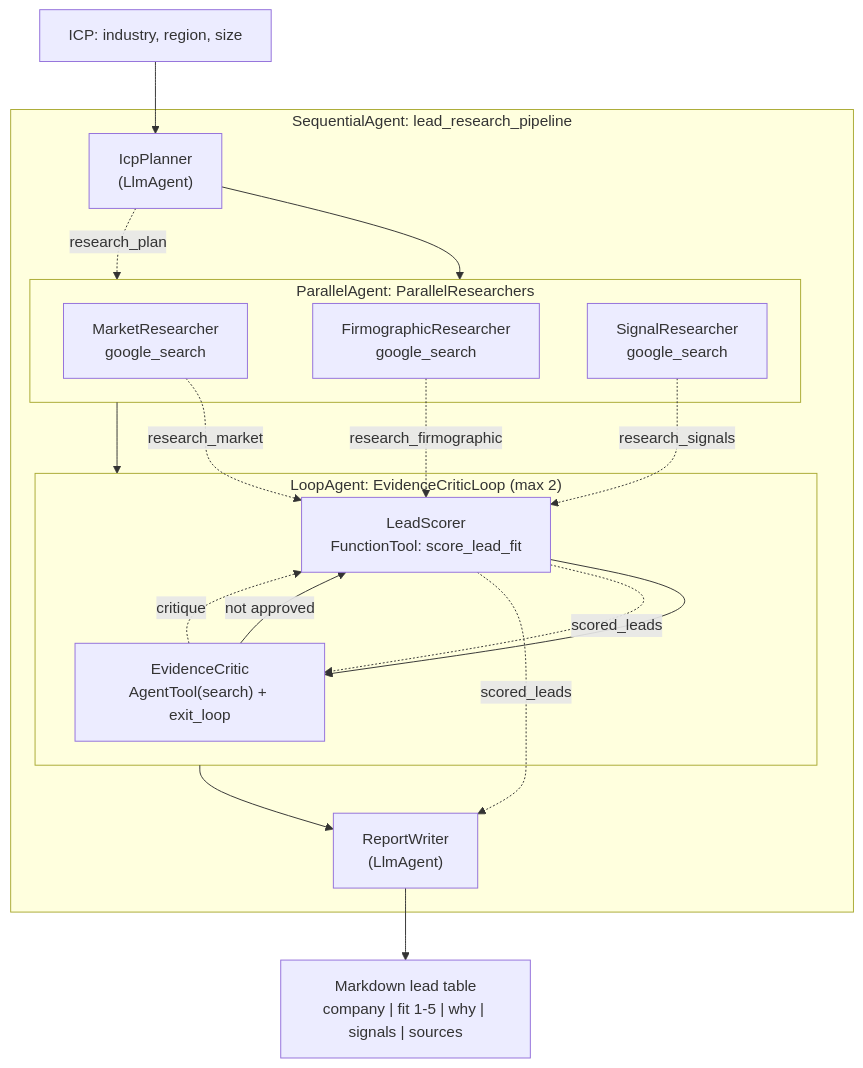
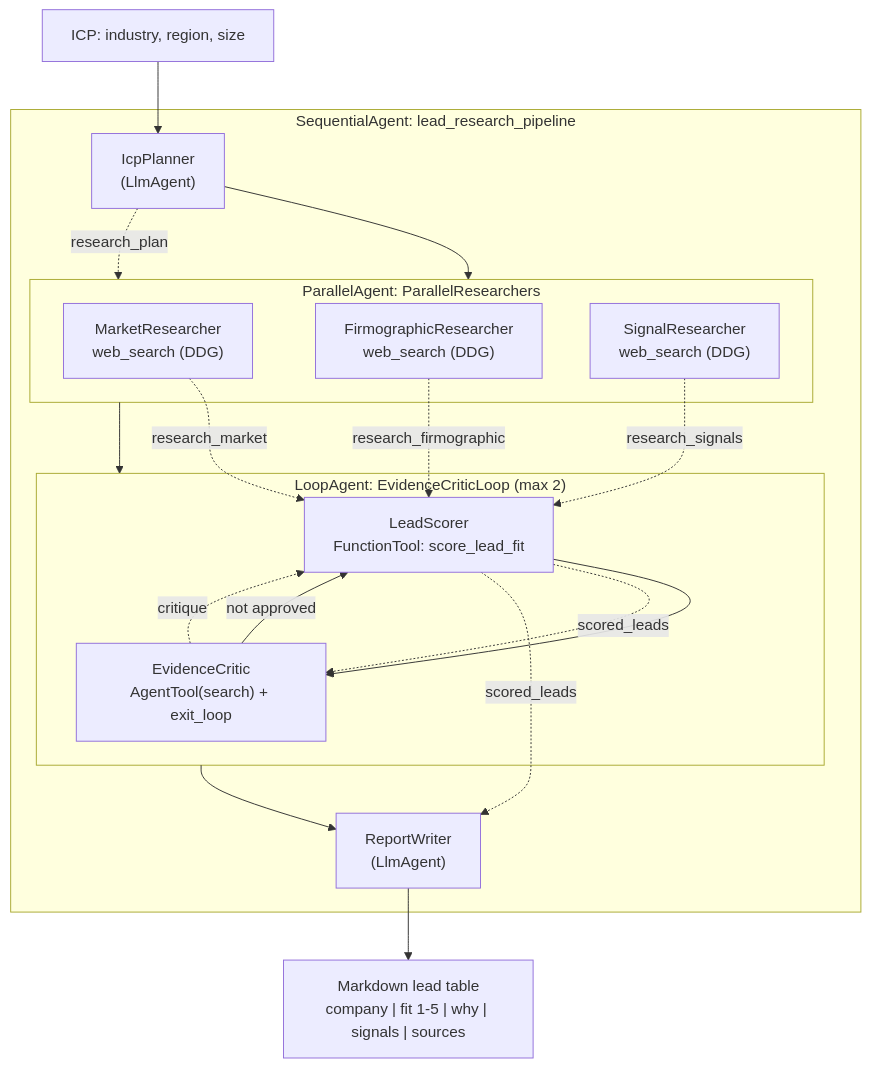
The diagram in assignment3/a_deep_research_agent/README.md (Prachii26/CMPE297), drawn with Mermaid before and after one commit. The commit also changed other lines of this file and 9 other files, not shown here.

````diff
--- a/assignment3/a_deep_research_agent/README.md
+++ b/assignment3/a_deep_research_agent/README.md
@@ -15,37 +15,37 @@
 ```mermaid
 flowchart TD
     U["ICP: industry, region, size"] --> P
 
     subgraph SEQ["SequentialAgent: lead_research_pipeline"]
         P["IcpPlanner<br/>(LlmAgent)"]
 
         subgraph PAR["ParallelAgent: ParallelResearchers"]
-            R1["MarketResearcher<br/>google_search"]
-            R2["FirmographicResearcher<br/>google_search"]
-            R3["SignalResearcher<br/>google_search"]
+            R1["MarketResearcher<br/>web_search (DDG)"]
+            R2["FirmographicResearcher<br/>web_search (DDG)"]
+            R3["SignalResearcher<br/>web_search (DDG)"]
         end
 
         subgraph LOOP["LoopAgent: EvidenceCriticLoop (max 2)"]
             S["LeadScorer<br/>FunctionTool: score_lead_fit"]
             C["EvidenceCritic<br/>AgentTool(search) + exit_loop"]
             S --> C
             C -->|"not approved"| S
         end
 
         W["ReportWriter<br/>(LlmAgent)"]
 
         P --> PAR
         PAR --> LOOP
         LOOP --> W
     end
 
     W --> OUT["Markdown lead table<br/>company | fit 1-5 | why | signals | sources"]
 
     P -. "research_plan" .-> PAR
     R1 -. "research_market" .-> S
     R2 -. "research_firmographic" .-> S
     R3 -. "research_signals" .-> S
     S -. "scored_leads" .-> C
     C -. "critique" .-> S
     S -. "scored_leads" .-> W
 ```
````
